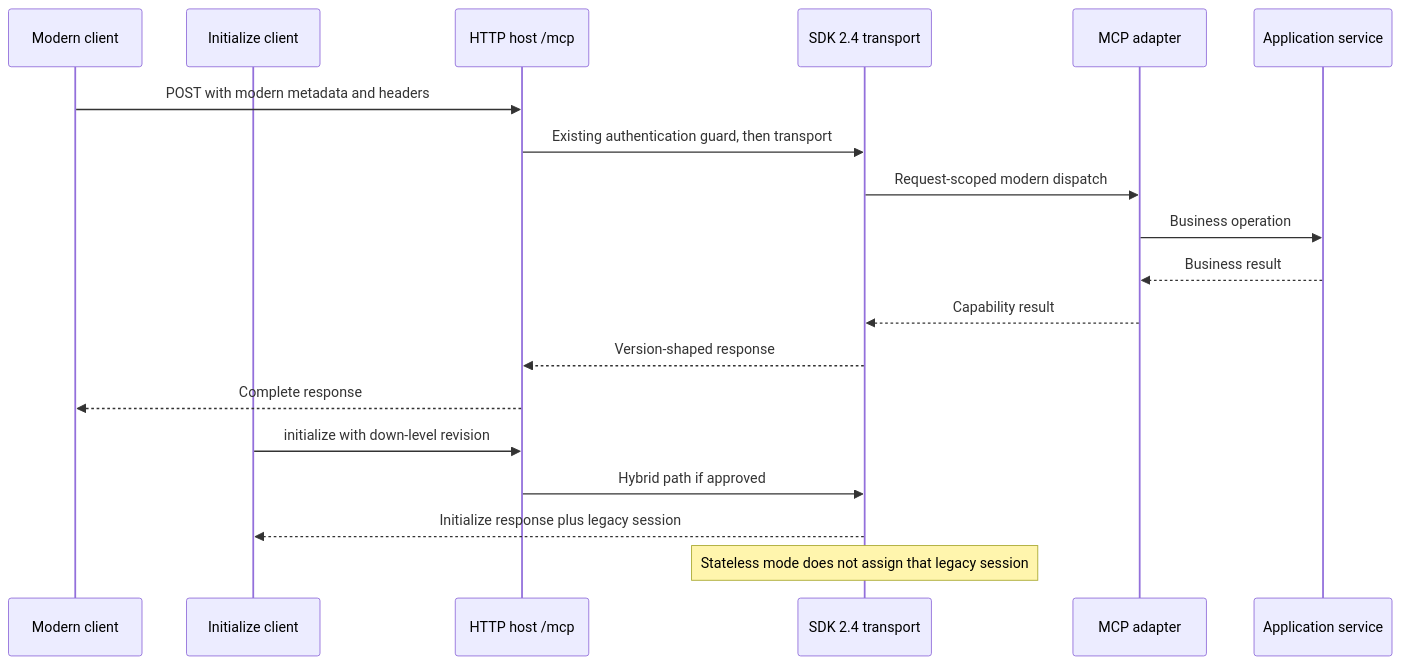
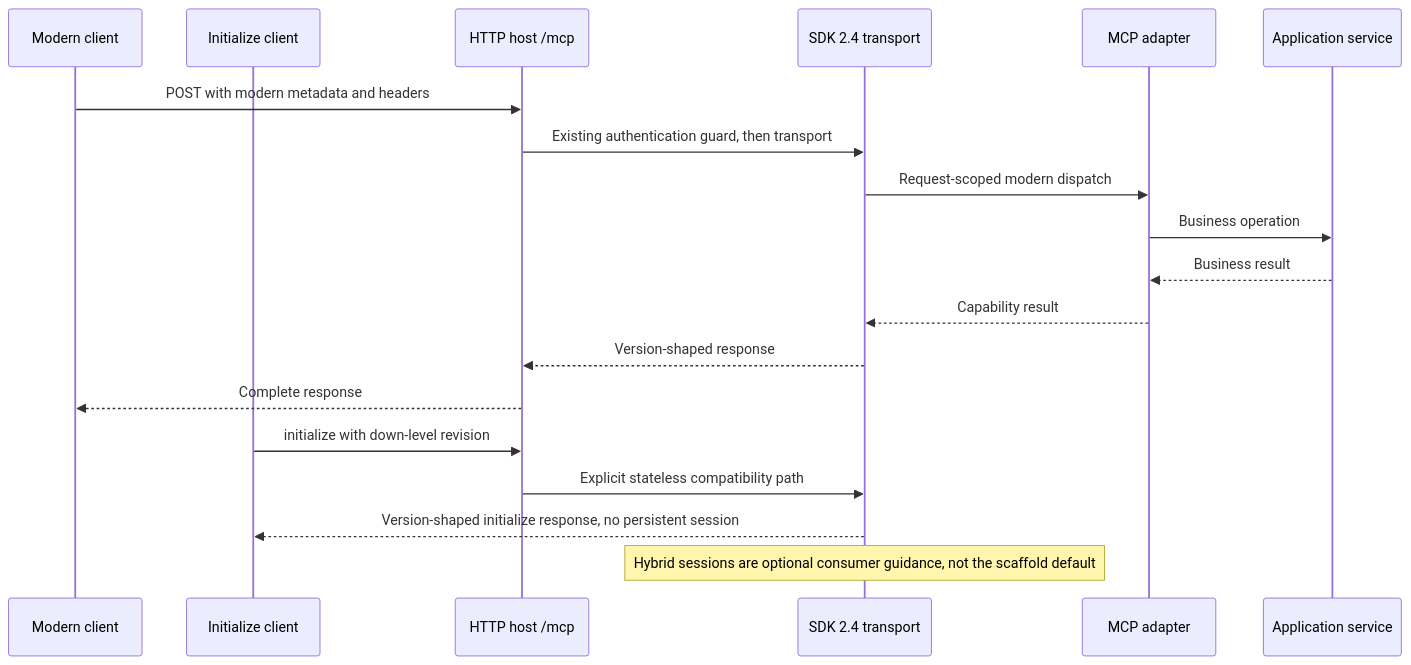
Before and after one commit to estebanjosse/mcp-server-template: the diagram in openspec/changes/upgrade-mcp-2026-07-28/design.md, drawn with Mermaid. The commit also changed other lines of this file and 11 other files, not shown here.

````diff
--- a/openspec/changes/upgrade-mcp-2026-07-28/design.md
+++ b/openspec/changes/upgrade-mcp-2026-07-28/design.md
@@ -62,21 +64,21 @@
 ```mermaid
 sequenceDiagram
     participant Modern as Modern client
     participant Legacy as Initialize client
     participant Host as HTTP host /mcp
     participant SDK as SDK 2.4 transport
     participant Adapter as MCP adapter
     participant App as Application service
     Modern->>Host: POST with modern metadata and headers
     Host->>SDK: Existing authentication guard, then transport
     SDK->>Adapter: Request-scoped modern dispatch
     Adapter->>App: Business operation
     App-->>Adapter: Business result
     Adapter-->>SDK: Capability result
     SDK-->>Host: Version-shaped response
     Host-->>Modern: Complete response
     Legacy->>Host: initialize with down-level revision
-    Host->>SDK: Hybrid path if approved
-    SDK-->>Legacy: Initialize response plus legacy session
-    Note over SDK: Stateless mode does not assign that legacy session
+    Host->>SDK: Explicit stateless compatibility path
+    SDK-->>Legacy: Version-shaped initialize response, no persistent session
+    Note over SDK: Hybrid sessions are optional consumer guidance, not the scaffold default
 ```
````
